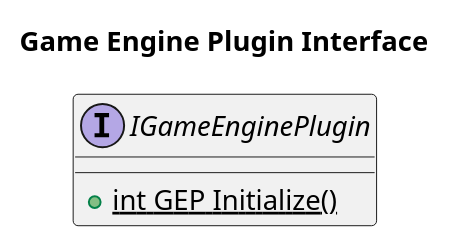
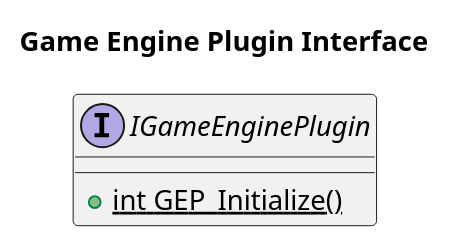
One commit to stevostj/Sandbox changed the diagram in GameEnginePlugin/Docs/SourceDiagrams/GameEnginePlugin-Class.plantuml. Above: the diagram before and after it, drawn with PlantUML. The commit also changed 7 other files, not shown here.

Commit message:
adding early design diagrams for initialization

```diff
--- a/GameEnginePlugin/Docs/SourceDiagrams/GameEnginePlugin-Class.plantuml
+++ b/GameEnginePlugin/Docs/SourceDiagrams/GameEnginePlugin-Class.plantuml
@@ -1,9 +1,9 @@
 @startuml
 
 title "Game Engine Plugin Interface"
 
 interface "IGameEnginePlugin"  as IGEP {
-    + {static} int GEP Initialize()
+    + {static} int GEP_Initialize()
 }
 
 @enduml
```
